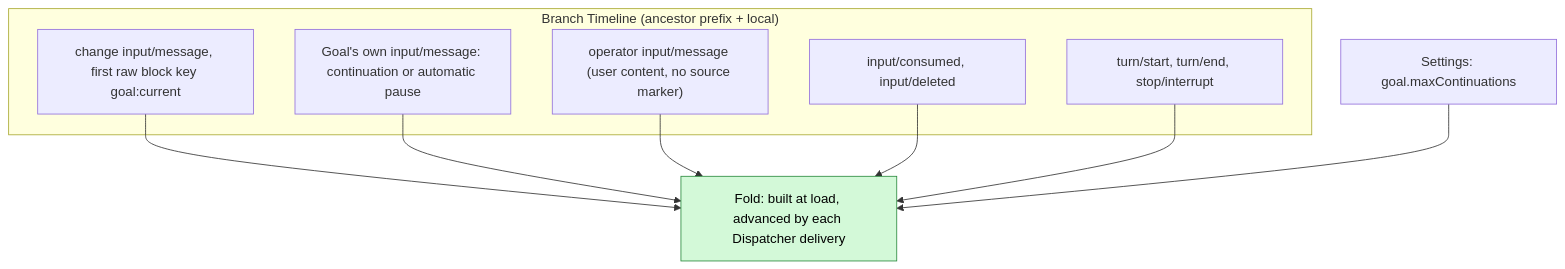
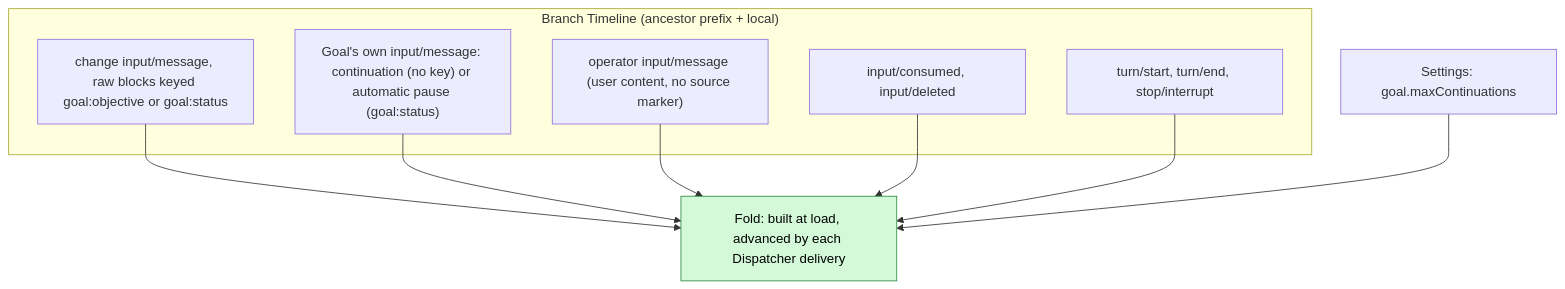
Before and after one commit to CoutinhoTTS/dim-agent: the second of 6 diagrams in docs/design/plugins/Goal.md, drawn with Mermaid. The commit also changed other lines of this file and 5 other files, not shown here.

First line of the commit message:
docs(design): keep Goal objective and status under separate keys

````diff
--- a/docs/design/plugins/Goal.md
+++ b/docs/design/plugins/Goal.md
@@ -50,19 +50,19 @@
 ```mermaid
 flowchart TB
   subgraph TLB["Branch Timeline (ancestor prefix + local)"]
-    GBK["change input/message, first raw block key goal:current"]
-    CI["Goal's own input/message: continuation or automatic pause"]
+    GBK["change input/message, raw blocks keyed goal:objective or goal:status"]
+    CI["Goal's own input/message: continuation (no key) or automatic pause (goal:status)"]
     OI["operator input/message (user content, no source marker)"]
     IC["input/consumed, input/deleted"]
     TE["turn/start, turn/end, stop/interrupt"]
   end
   CFG["Settings: goal.maxContinuations"]
   VIEW["Fold: built at load, advanced by each Dispatcher delivery"]:::new
   GBK --> VIEW
   CI --> VIEW
   OI --> VIEW
   IC --> VIEW
   TE --> VIEW
   CFG --> VIEW
   classDef new fill:#d3f9d8,stroke:#2b8a3e,color:#000
 ```
````
